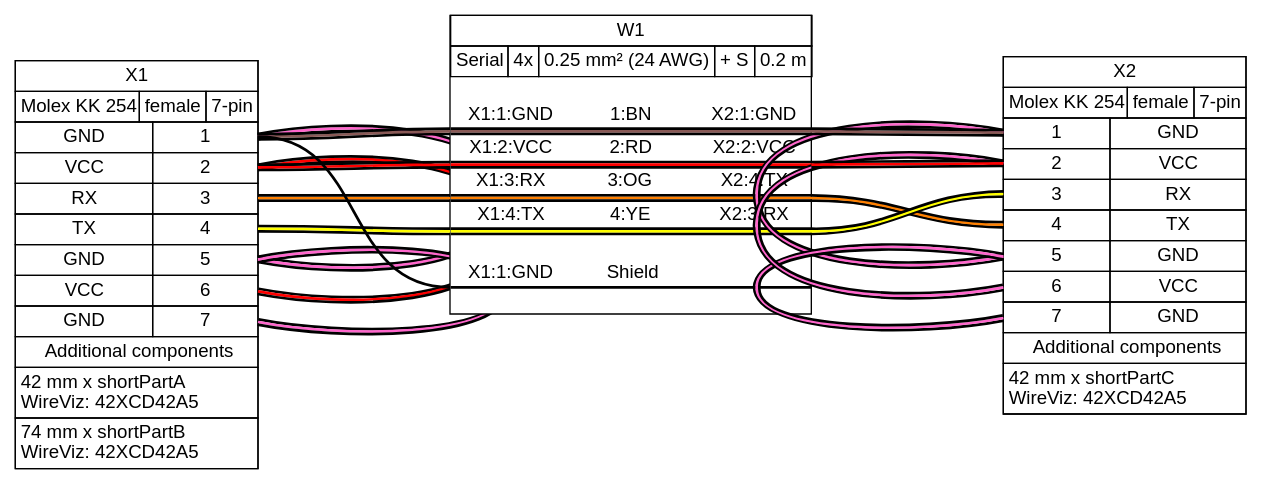
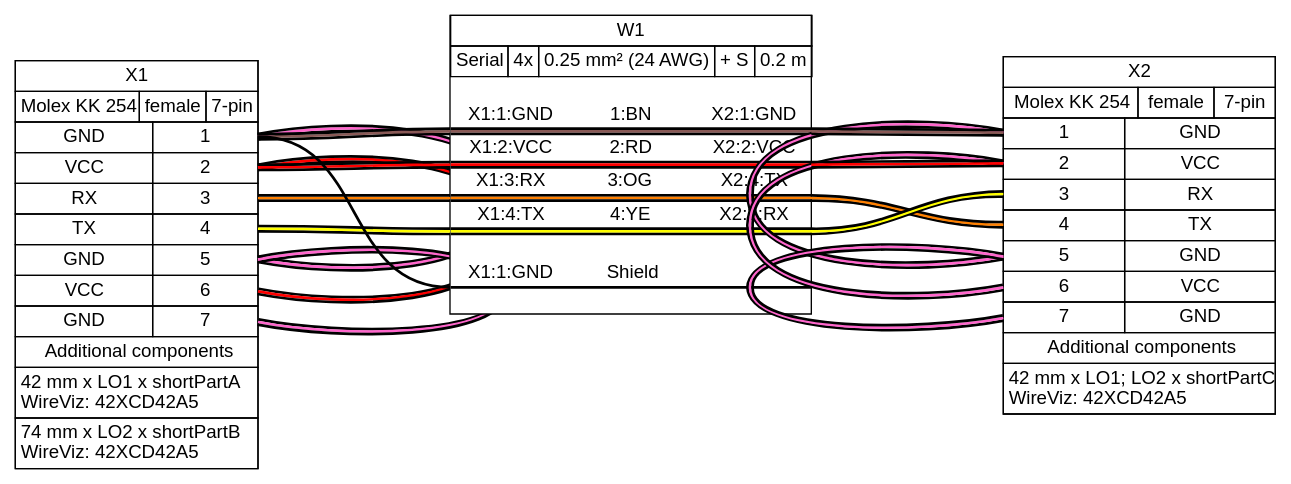
One commit to wireviz/WireViz changed the diagram in examples/ex16.gv. Above: the diagram before and after it, drawn with Graphviz. The commit also changed 15 other files, not shown here.

```diff
--- a/examples/ex16.gv
+++ b/examples/ex16.gv
@@ -58,12 +58,12 @@
  </td></tr>
  <tr><td>
   <table border="0" cellspacing="0" cellpadding="3" cellborder="1"><tr>
-   <td align="left" balign="left">42 mm x shortPartA<br/>WireViz: 42XCD42A5</td>
+   <td align="left" balign="left">42 mm x LO1 x shortPartA<br/>WireViz: 42XCD42A5</td>
   </tr></table>
  </td></tr>
  <tr><td>
   <table border="0" cellspacing="0" cellpadding="3" cellborder="1"><tr>
-   <td align="left" balign="left">74 mm x shortPartB<br/>WireViz: 42XCD42A5</td>
+   <td align="left" balign="left">74 mm x LO2 x shortPartB<br/>WireViz: 42XCD42A5</td>
   </tr></table>
  </td></tr>
 </table>
@@ -127,7 +127,7 @@
  </td></tr>
  <tr><td>
   <table border="0" cellspacing="0" cellpadding="3" cellborder="1"><tr>
-   <td align="left" balign="left">42 mm x shortPartC<br/>WireViz: 42XCD42A5</td>
+   <td align="left" balign="left">42 mm x LO1; LO2 x shortPartC<br/>WireViz: 42XCD42A5</td>
   </tr></table>
  </td></tr>
 </table>
```
